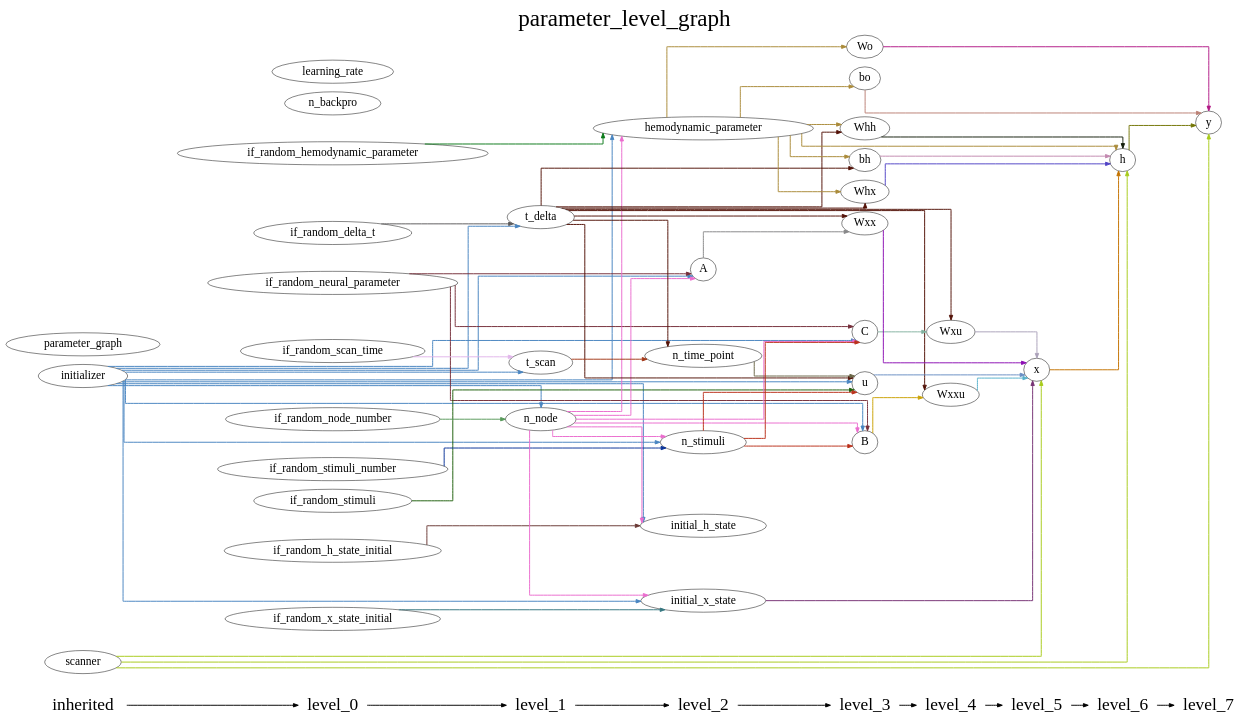
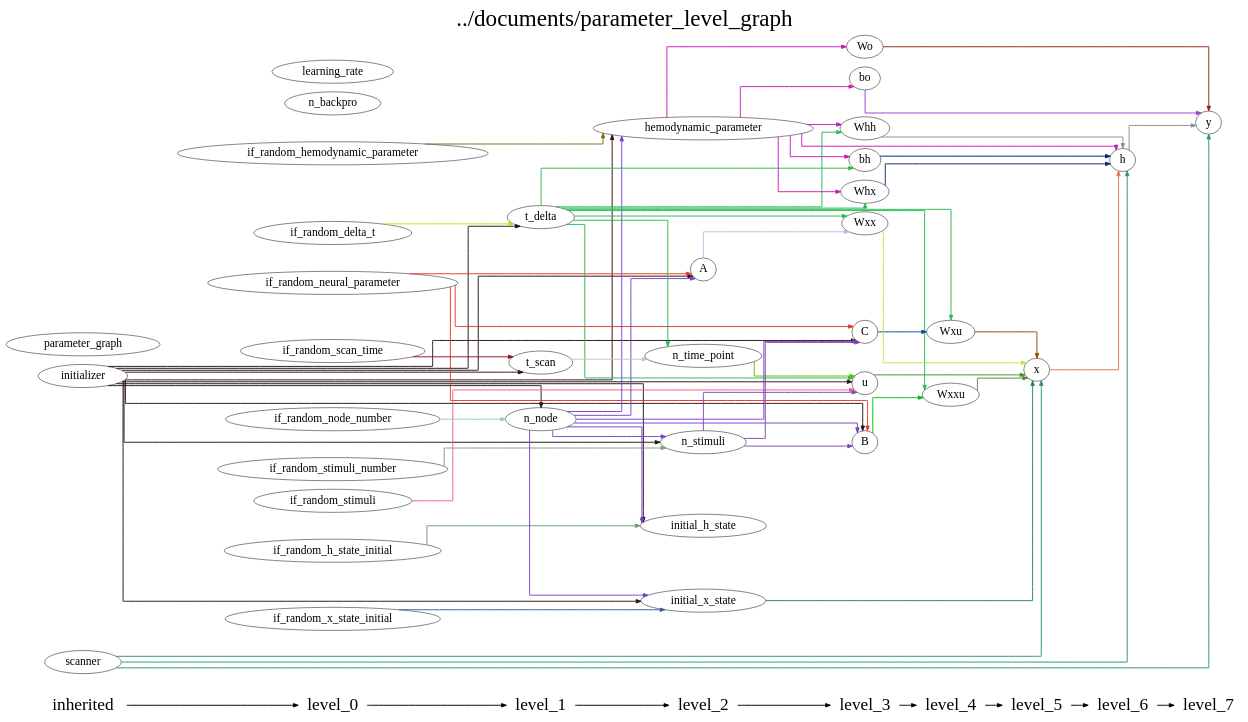
Before and after one commit to YuanWangOnward/DCM_RNN: the diagram in DCM_RNN/documents/parameter_level_graph.gv, drawn with Graphviz. The commit also changed 8 other files, not shown here.

```diff
--- a/DCM_RNN/documents/parameter_level_graph.gv
+++ b/DCM_RNN/documents/parameter_level_graph.gv
@@ -1,156 +1,156 @@
 digraph G {
           splines=ortho;
           fontsize = 48;
           rankdir = "LR";
           node[fontsize=24];
           edge[penwidth=2];
           {
           node [shape=plaintext fontsize=36];
           inherited -> 
           level_0 -> 
           level_1 -> 
           level_2 -> 
           level_3 -> 
           level_4 -> 
           level_5 -> 
           level_6 -> 
           level_7
           }
           {rank = same;
           inherited;
           initializer;
           parameter_graph;
           scanner;
           }
           {rank = same;
           level_0;
           if_random_neural_parameter;
           if_random_hemodynamic_parameter;
           if_random_x_state_initial;
           if_random_h_state_initial;
           if_random_stimuli;
           if_random_node_number;
           if_random_stimuli_number;
           if_random_delta_t;
           if_random_scan_time;
           n_backpro;
           learning_rate;
           }
           {rank = same;
           level_1;
           n_node;
           t_delta;
           t_scan;
           }
           {rank = same;
           level_2;
           n_time_point;
           n_stimuli;
           A;
           hemodynamic_parameter;
           initial_x_state;
           initial_h_state;
           }
           {rank = same;
           level_3;
           u;
           B;
           C;
           Wxx;
           Whx;
           Whh;
           bh;
           Wo;
           bo;
           }
           {rank = same;
           level_4;
           Wxxu;
           Wxu;
           }
           {rank = same;
           level_5;
           x;
           }
           {rank = same;
           level_6;
           h;
           }
           {rank = same;
           level_7;
           y;
           }
-          n_stimuli -> B [color="#BB311B"];
-          n_stimuli -> C [color="#BB311B"];
-          n_stimuli -> u [color="#BB311B"];
+          if_random_neural_parameter -> B [color="#E23B28"];
+          if_random_neural_parameter -> A [color="#E23B28"];
+          if_random_neural_parameter -> C [color="#E23B28"];
+          B -> Wxxu [color="#0AB70E"];
+          if_random_scan_time -> t_scan [color="#8C1621"];
+          n_time_point -> u [color="#5CC000"];
+          Wxxu -> x [color="#5A813C"];
+          x -> h [color="#E07748"];
+          initial_h_state ;
+          u -> x [color="#3B9329"];
+          Wo -> y [color="#95221C"];
+          hemodynamic_parameter -> bo [color="#C917BA"];
+          hemodynamic_parameter -> Wo [color="#C917BA"];
+          hemodynamic_parameter -> bh [color="#C917BA"];
+          hemodynamic_parameter -> Whx [color="#C917BA"];
+          hemodynamic_parameter -> Whh [color="#C917BA"];
+          hemodynamic_parameter -> h [color="#C917BA"];
+          if_random_delta_t -> t_delta [color="#B2EC0E"];
+          bh -> h [color="#041981"];
+          C -> Wxu [color="#0C4E92"];
+          h -> y [color="#948C88"];
+          Wxu -> x [color="#A54108"];
+          bo -> y [color="#A43CCB"];
+          if_random_stimuli -> u [color="#EE617B"];
+          n_node -> B [color="#7940CB"];
+          n_node -> hemodynamic_parameter [color="#7940CB"];
+          n_node -> n_stimuli [color="#7940CB"];
+          n_node -> A [color="#7940CB"];
+          n_node -> C [color="#7940CB"];
+          n_node -> initial_x_state [color="#7940CB"];
+          n_node -> initial_h_state [color="#7940CB"];
+          if_random_stimuli_number -> n_stimuli [color="#7AA37A"];
+          if_random_node_number -> n_node [color="#99C8C5"];
           learning_rate ;
-          initial_h_state ;
-          n_time_point -> u [color="#6A6647"];
-          if_random_delta_t -> t_delta [color="#5B5A5B"];
-          Whx -> h [color="#5143C6"];
-          Wxu -> x [color="#ABA1B9"];
+          t_scan -> n_time_point [color="#C4C4B5"];
+          if_random_h_state_initial -> initial_h_state [color="#6B9A72"];
+          Whx -> h [color="#122377"];
+          y ;
+          parameter_graph ;
           n_backpro ;
-          hemodynamic_parameter -> Whx [color="#AA8A39"];
-          hemodynamic_parameter -> Wo [color="#AA8A39"];
-          hemodynamic_parameter -> bh [color="#AA8A39"];
-          hemodynamic_parameter -> bo [color="#AA8A39"];
-          hemodynamic_parameter -> Whh [color="#AA8A39"];
-          hemodynamic_parameter -> h [color="#AA8A39"];
-          scanner -> y [color="#A8CB1B"];
-          scanner -> h [color="#A8CB1B"];
-          scanner -> x [color="#A8CB1B"];
-          B -> Wxxu [color="#CBA206"];
-          x -> h [color="#C47302"];
-          bh -> h [color="#C389B0"];
-          A -> Wxx [color="#878788"];
-          parameter_graph ;
-          bo -> y [color="#BA8074"];
-          t_scan -> n_time_point [color="#A33818"];
-          Whh -> h [color="#131E0B"];
-          C -> Wxu [color="#83B2A0"];
-          u -> x [color="#698EC3"];
-          if_random_scan_time -> t_scan [color="#E1B5EB"];
-          if_random_stimuli_number -> n_stimuli [color="#083298"];
-          initializer -> n_stimuli [color="#4985C1"];
-          initializer -> initial_h_state [color="#4985C1"];
-          initializer -> hemodynamic_parameter [color="#4985C1"];
-          initializer -> B [color="#4985C1"];
-          initializer -> A [color="#4985C1"];
-          initializer -> t_scan [color="#4985C1"];
-          initializer -> C [color="#4985C1"];
-          initializer -> u [color="#4985C1"];
-          initializer -> t_delta [color="#4985C1"];
-          initializer -> n_node [color="#4985C1"];
-          initializer -> initial_x_state [color="#4985C1"];
-          t_delta -> n_time_point [color="#521107"];
-          t_delta -> Whx [color="#521107"];
-          t_delta -> bh [color="#521107"];
-          t_delta -> Whh [color="#521107"];
-          t_delta -> u [color="#521107"];
-          t_delta -> Wxu [color="#521107"];
-          t_delta -> Wxx [color="#521107"];
-          t_delta -> Wxxu [color="#521107"];
-          h -> y [color="#727404"];
-          n_node -> n_stimuli [color="#EB6CCE"];
-          n_node -> initial_h_state [color="#EB6CCE"];
-          n_node -> hemodynamic_parameter [color="#EB6CCE"];
-          n_node -> B [color="#EB6CCE"];
-          n_node -> A [color="#EB6CCE"];
-          n_node -> C [color="#EB6CCE"];
-          n_node -> initial_x_state [color="#EB6CCE"];
-          Wo -> y [color="#B21A86"];
-          if_random_node_number -> n_node [color="#58995A"];
-          if_random_stimuli -> u [color="#1E600B"];
-          if_random_x_state_initial -> initial_x_state [color="#367780"];
-          if_random_h_state_initial -> initial_h_state [color="#6A3935"];
-          y ;
-          Wxx -> x [color="#8C0EB3"];
-          if_random_neural_parameter -> B [color="#762E3A"];
-          if_random_neural_parameter -> A [color="#762E3A"];
-          if_random_neural_parameter -> C [color="#762E3A"];
-          initial_x_state -> x [color="#773274"];
-          if_random_hemodynamic_parameter -> hemodynamic_parameter [color="#0B7A1A"];
-          Wxxu -> x [color="#57B1CC"];
+          initializer -> u [color="#271417"];
+          initializer -> B [color="#271417"];
+          initializer -> hemodynamic_parameter [color="#271417"];
+          initializer -> t_delta [color="#271417"];
+          initializer -> n_stimuli [color="#271417"];
+          initializer -> A [color="#271417"];
+          initializer -> C [color="#271417"];
+          initializer -> n_node [color="#271417"];
+          initializer -> t_scan [color="#271417"];
+          initializer -> initial_x_state [color="#271417"];
+          initializer -> initial_h_state [color="#271417"];
+          if_random_hemodynamic_parameter -> hemodynamic_parameter [color="#80691C"];
+          initial_x_state -> x [color="#21875A"];
+          A -> Wxx [color="#C2B8E3"];
+          if_random_x_state_initial -> initial_x_state [color="#3A5AA5"];
+          t_delta -> u [color="#2AB854"];
+          t_delta -> bh [color="#2AB854"];
+          t_delta -> Wxx [color="#2AB854"];
+          t_delta -> Whx [color="#2AB854"];
+          t_delta -> Whh [color="#2AB854"];
+          t_delta -> n_time_point [color="#2AB854"];
+          t_delta -> Wxu [color="#2AB854"];
+          t_delta -> Wxxu [color="#2AB854"];
+          scanner -> x [color="#27947C"];
+          scanner -> h [color="#27947C"];
+          scanner -> y [color="#27947C"];
+          Wxx -> x [color="#BCE643"];
+          Whh -> h [color="#A18887"];
+          n_stimuli -> u [color="#8045B4"];
+          n_stimuli -> B [color="#8045B4"];
+          n_stimuli -> C [color="#8045B4"];
           labelloc = "t";
-          label = "parameter_level_graph";
+          label = "../documents/parameter_level_graph";
 }
```
